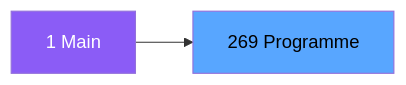
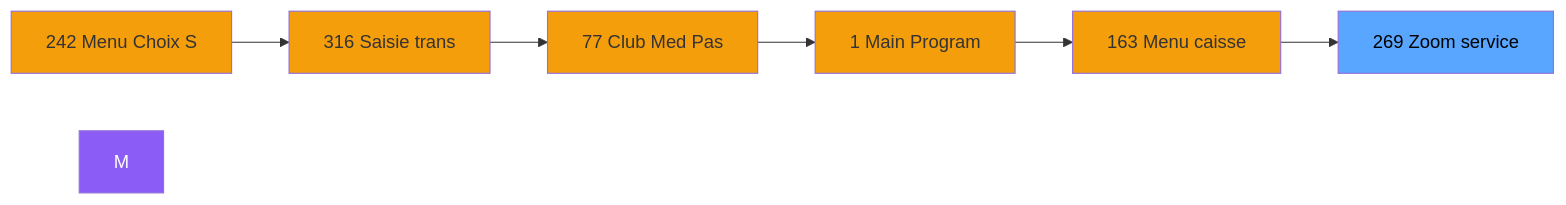
Before and after one commit to thonyAGP/magic-migration: the second of 3 diagrams in .openspec/specs/ADH-IDE-269.md, drawn with Mermaid. The commit also changed other lines of this file and 323 other files, not shown here.

````diff
--- a/.openspec/specs/ADH-IDE-269.md
+++ b/.openspec/specs/ADH-IDE-269.md
@@ -98,8 +115,21 @@
 ```mermaid
 graph LR
-    M[1 Main]
-    T[269 Programme]
-    M --> T
+    N242[242 Menu Choix S]
+    N316[316 Saisie trans]
+    N77[77 Club Med Pas]
+    N1[1 Main Program]
+    N163[163 Menu caisse ]
+    T[269 Zoom service]
+    N242 --> N316
+    N316 --> N77
+    N77 --> N1
+    N1 --> N163
+    N163 --> T
     style M fill:#8b5cf6,color:#fff
+    style N242 fill:#f59e0b
+    style N316 fill:#f59e0b
+    style N77 fill:#f59e0b
+    style N1 fill:#f59e0b
+    style N163 fill:#f59e0b
     style T fill:#58a6ff,color:#000
 ```
````
